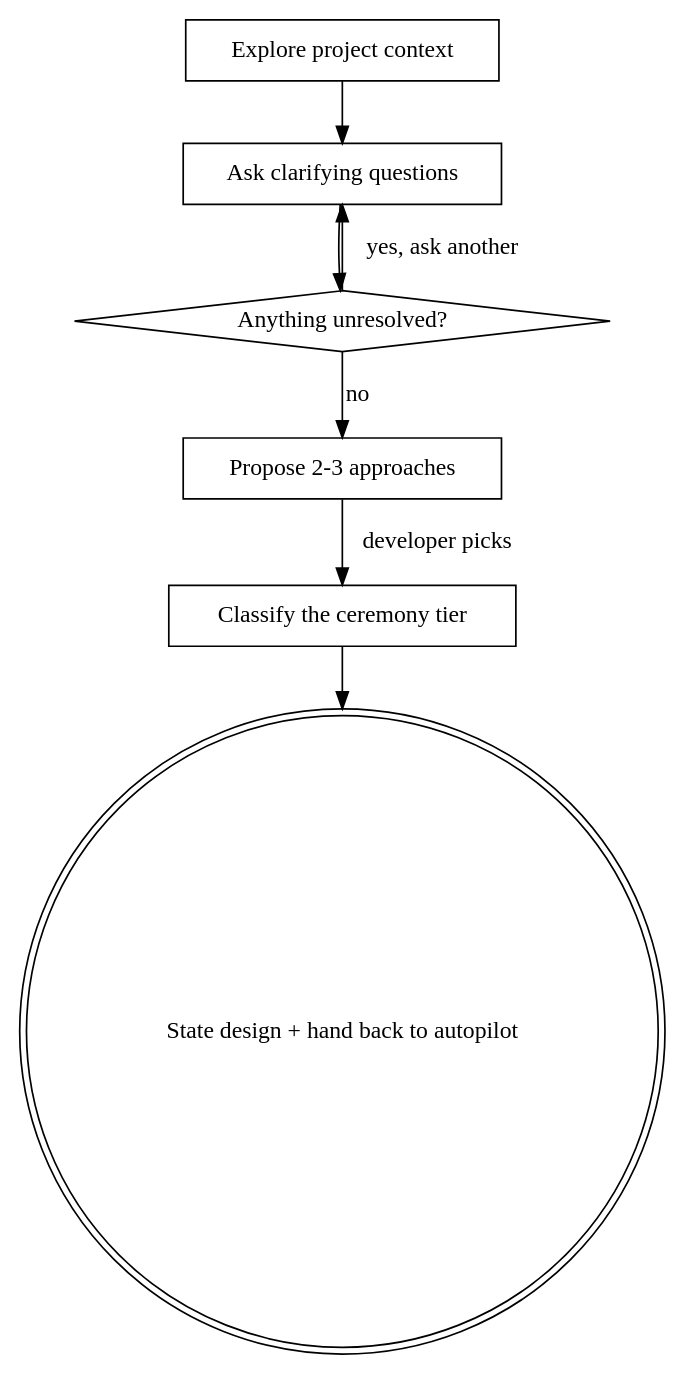
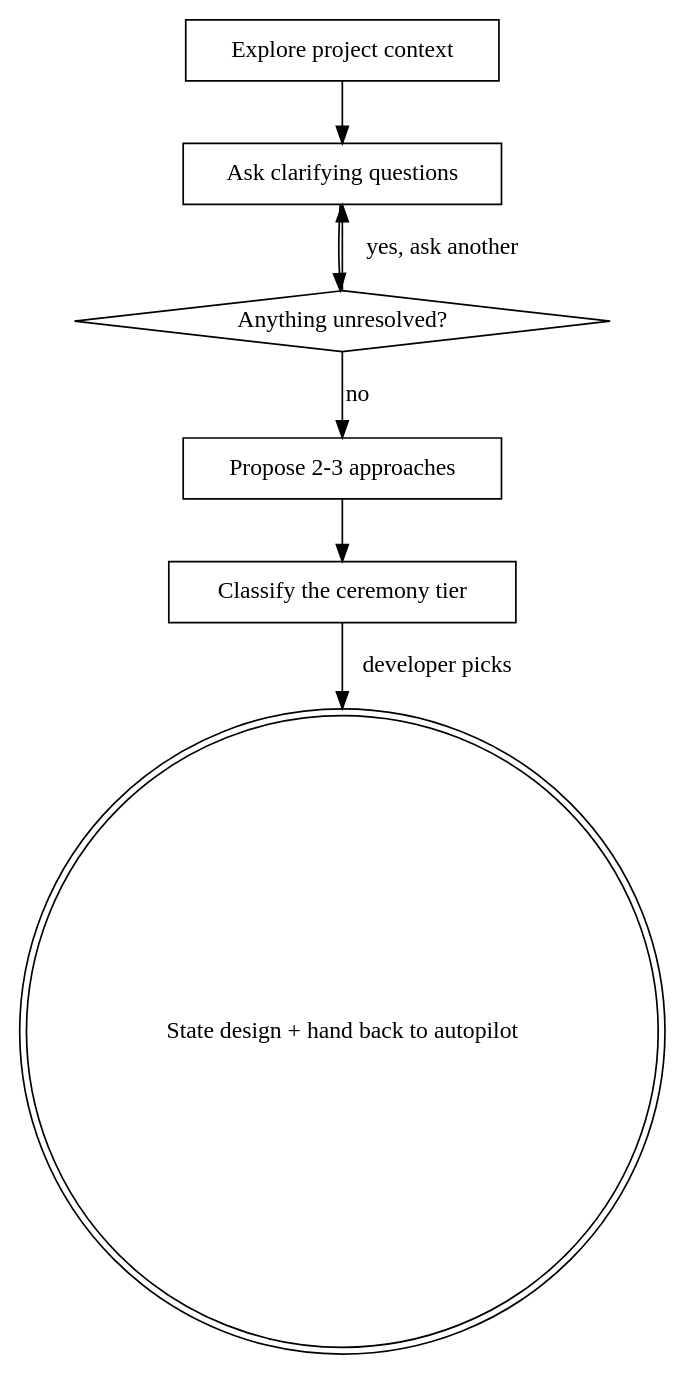
The diagram in plugins/autopilot/skills/autopilot-brainstorm/SKILL.md (BoTime/custom_toolkit), drawn with Graphviz before and after one commit. The commit also changed 2 other files, not shown here.

Commit message:
fix(autopilot): narrow the reserved-flag exemption per stage and polish tier prose

````diff
--- a/plugins/autopilot/skills/autopilot-brainstorm/SKILL.md
+++ b/plugins/autopilot/skills/autopilot-brainstorm/SKILL.md
@@ -50,17 +50,17 @@
 ```dot
 digraph brainstorming {
     "Explore project context" [shape=box];
     "Ask clarifying questions" [shape=box];
     "Anything unresolved?" [shape=diamond];
     "Propose 2-3 approaches" [shape=box];
     "Classify the ceremony tier" [shape=box];
     "State design + hand back to autopilot" [shape=doublecircle];
 
     "Explore project context" -> "Ask clarifying questions";
     "Ask clarifying questions" -> "Anything unresolved?";
     "Anything unresolved?" -> "Ask clarifying questions" [label="yes, ask another"];
     "Anything unresolved?" -> "Propose 2-3 approaches" [label="no"];
-    "Propose 2-3 approaches" -> "Classify the ceremony tier" [label="developer picks"];
-    "Classify the ceremony tier" -> "State design + hand back to autopilot";
+    "Propose 2-3 approaches" -> "Classify the ceremony tier";
+    "Classify the ceremony tier" -> "State design + hand back to autopilot" [label="developer picks"];
 }
 ```
````
